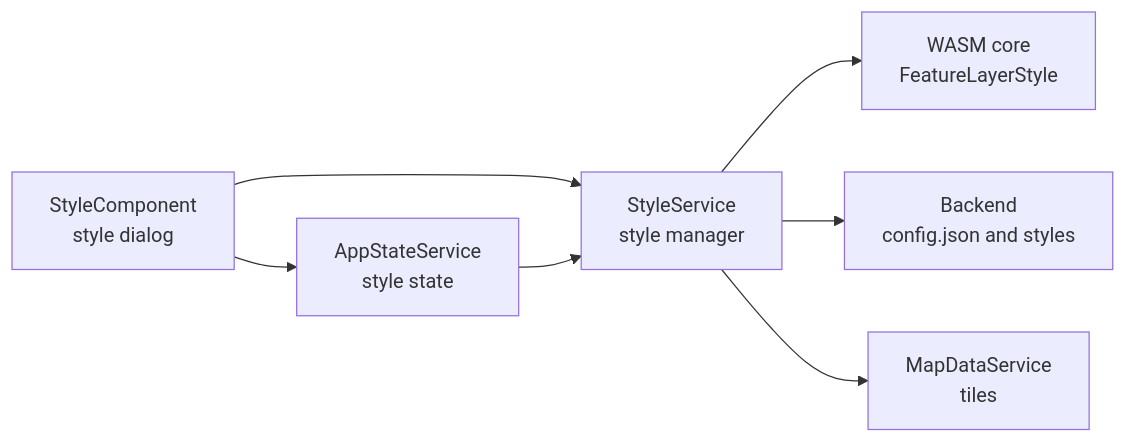
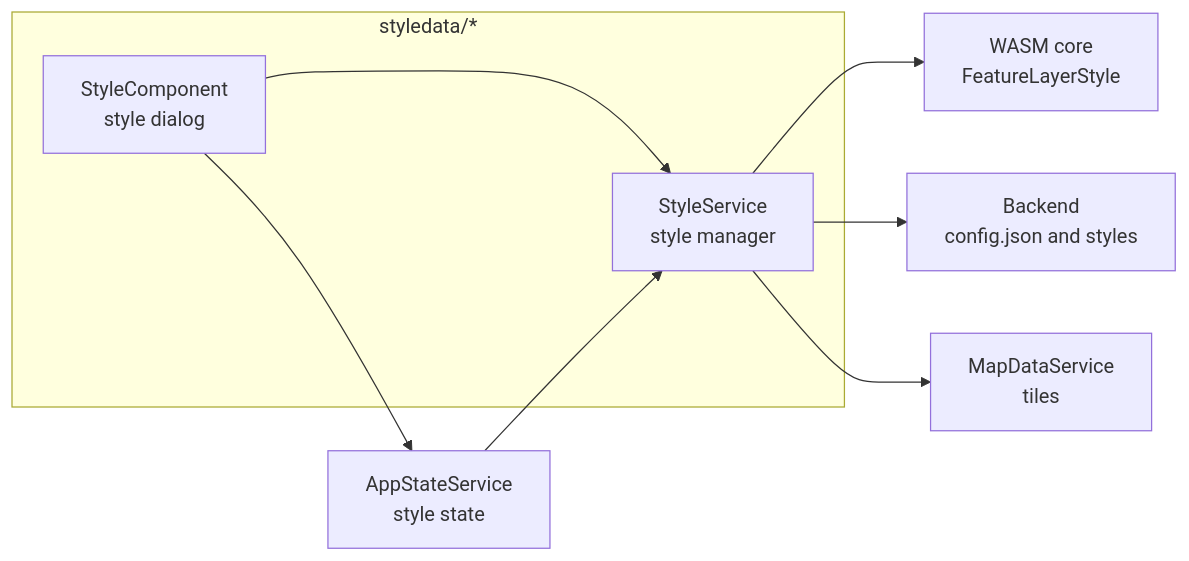
One commit to ndsev/erdblick changed the fourth of 10 diagrams in docs/erdblick-dev-guide.md. Above: the diagram before and after it, drawn with Mermaid. The commit also changed other lines of this file, not shown here.

````diff
--- a/docs/erdblick-dev-guide.md
+++ b/docs/erdblick-dev-guide.md
@@ -285,17 +167,19 @@
 ```mermaid
 flowchart LR
-  StylePanel[StyleComponent<br>style dialog]
-  StyleSvc[StyleService<br>style manager]
+  subgraph styledata_dir[styledata/*]
+    StylePanel[StyleComponent<br>style dialog]
+    StyleSvc[StyleService<br>style manager]
+  end
   State[AppStateService<br>style state]
   MapSvc[MapDataService<br>tiles]
   Core[WASM core<br>FeatureLayerStyle]
   Backend[Backend<br>config.json and styles]
 
   StylePanel --> StyleSvc
   StylePanel --> State
 
   StyleSvc --> Core
   StyleSvc --> Backend
   StyleSvc --> MapSvc
   State --> StyleSvc
 ```
````
